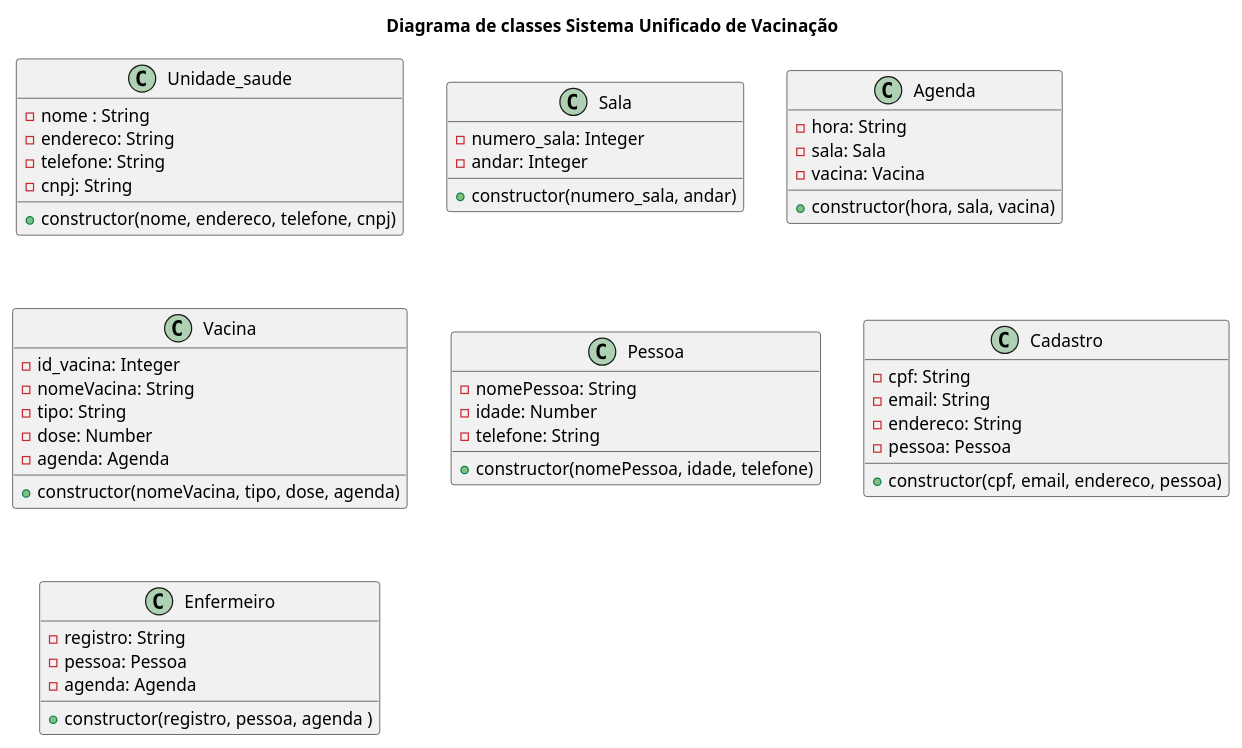
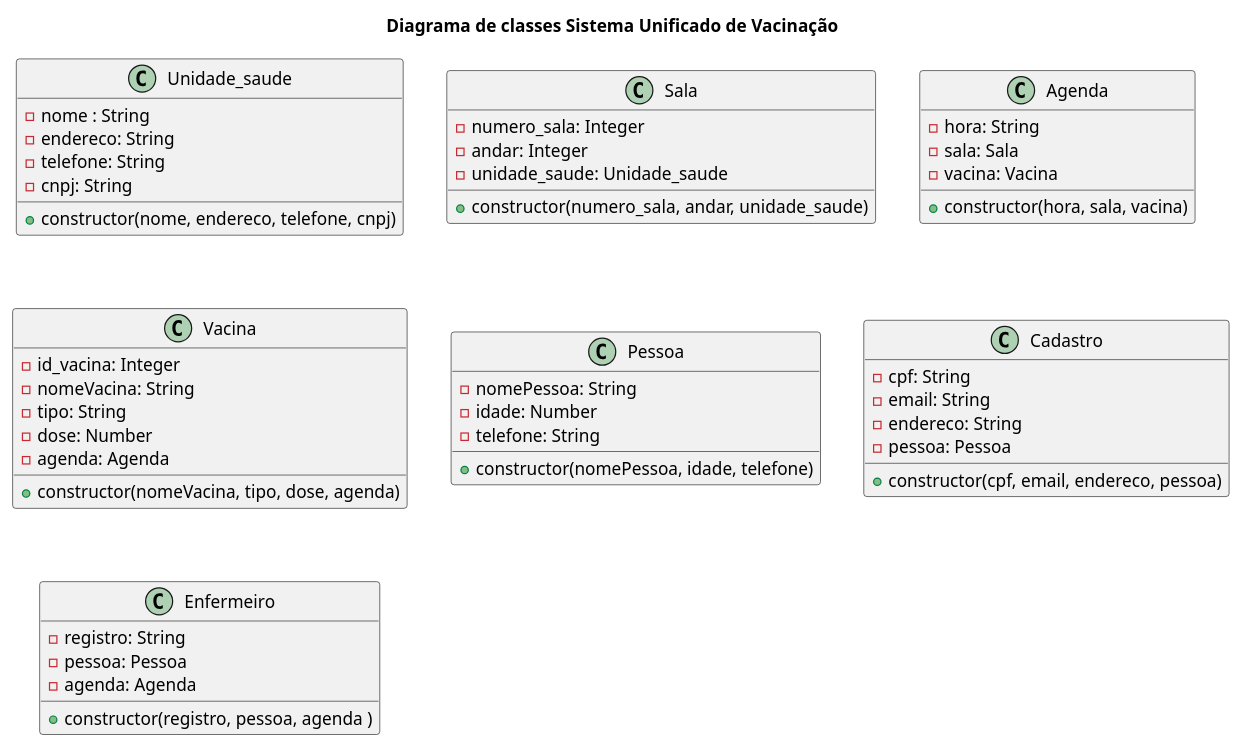
One commit to anleaes/2022-1-N2-POO-01 changed the diagram in diagrama_classe.plantuml. Above: the diagram before and after it, drawn with PlantUML.

Commit message:
atualizacao da classe sala no diagrama

```diff
--- a/diagrama_classe.plantuml
+++ b/diagrama_classe.plantuml
@@ -1,60 +1,61 @@
 @startuml
 
 title Diagrama de classes Sistema Unificado de Vacinação
 
 class Unidade_saude{
     - nome : String
     - endereco: String
     - telefone: String
     - cnpj: String
     + constructor(nome, endereco, telefone, cnpj)
 }
 
 class Sala{
     - numero_sala: Integer
     - andar: Integer
-    + constructor(numero_sala, andar)
+    - unidade_saude: Unidade_saude 
+    + constructor(numero_sala, andar, unidade_saude)
 }
 
 class Agenda{
     - hora: String
     - sala: Sala
     - vacina: Vacina
     + constructor(hora, sala, vacina)
 }
 
 
 Class Vacina{
     - id_vacina: Integer
     - nomeVacina: String
     - tipo: String
     - dose: Number
     - agenda: Agenda
     + constructor(nomeVacina, tipo, dose, agenda)
 }
 
 class Pessoa{
     - nomePessoa: String
     - idade: Number
     - telefone: String
     + constructor(nomePessoa, idade, telefone)
 }
 
 class Cadastro {
     - cpf: String
     - email: String
     - endereco: String
     - pessoa: Pessoa
     + constructor(cpf, email, endereco, pessoa)
 }
 
 class Enfermeiro {
     - registro: String
     - pessoa: Pessoa
     - agenda: Agenda
     + constructor(registro, pessoa, agenda )
 }
 
 
 
 @enduml
```
